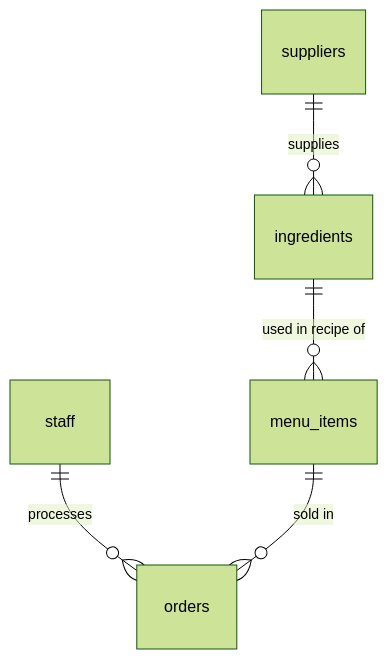
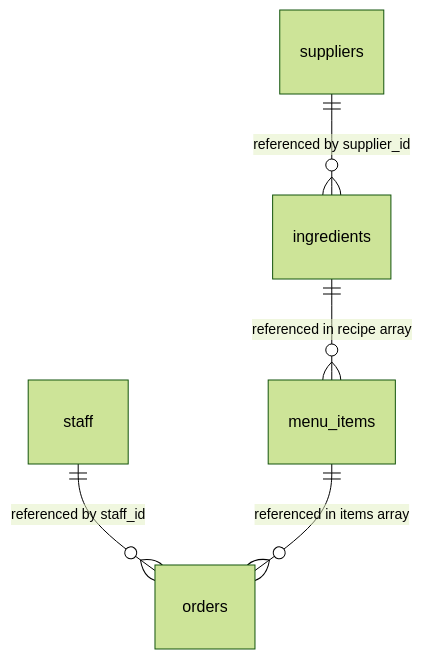
Before and after one commit to DoctorDear/JSD13-week02: the second of 2 diagrams in README.md, drawn with Mermaid (forest theme). The commit also changed other lines of this file, not shown here.

Commit message:
docs: update README to document both MongoDB and PostgreSQL implementations with schema comparisons

````diff
--- a/README.md
+++ b/README.md
@@ -25,7 +59,7 @@
 ```mermaid
 erDiagram
-    suppliers ||--o{ ingredients : "supplies"
-    staff ||--o{ orders : "processes"
-    ingredients ||--o{ menu_items : "used in recipe of"
-    menu_items ||--o{ orders : "sold in"
+    suppliers ||--o{ ingredients : "referenced by supplier_id"
+    staff ||--o{ orders : "referenced by staff_id"
+    ingredients ||--o{ menu_items : "referenced in recipe array"
+    menu_items ||--o{ orders : "referenced in items array"
 ```
````
